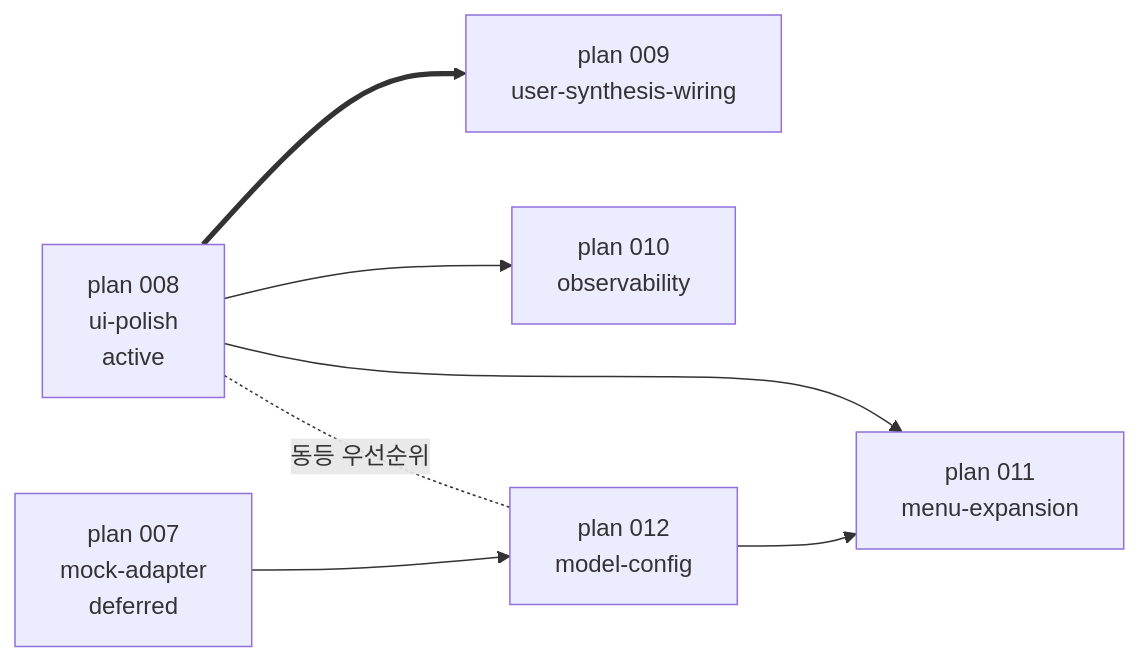
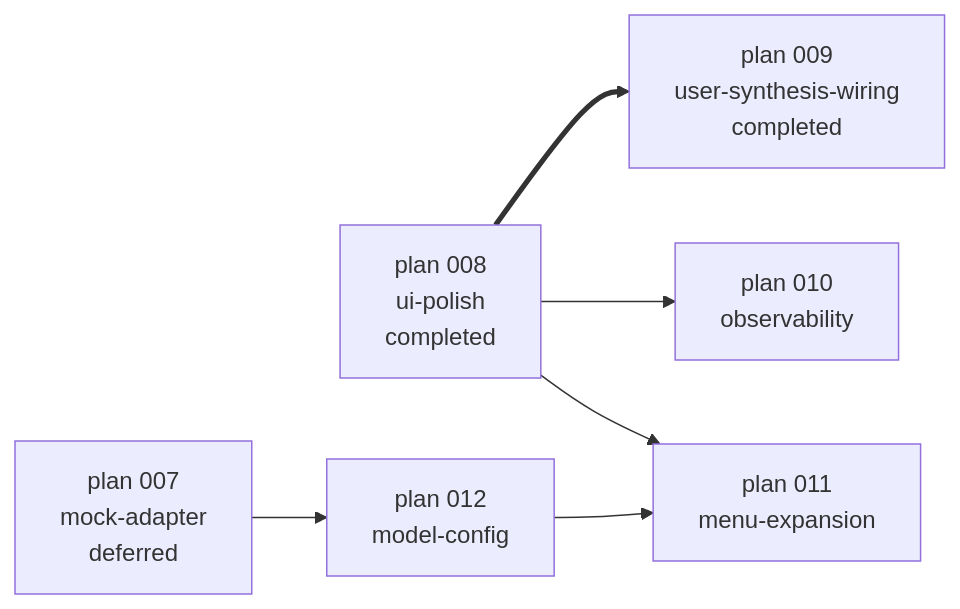
The diagram in docs/dev-docs/Plans/upcoming-plans.md (shinjw4929/Dialectic-CLI), drawn with Mermaid before and after one commit. The commit also changed other lines of this file and 8 other files, not shown here.

First line of the commit message:
Archive plan 009-user-synthesis-wiring artifacts

````diff
--- a/docs/dev-docs/Plans/upcoming-plans.md
+++ b/docs/dev-docs/Plans/upcoming-plans.md
@@ -14,17 +16,15 @@
 ```mermaid
 flowchart LR
-    P008[plan 008<br/>ui-polish<br/>active]
+    P008[plan 008<br/>ui-polish<br/>completed]
     P007[plan 007<br/>mock-adapter<br/>deferred]
-    P009[plan 009<br/>user-synthesis-wiring]
+    P009[plan 009<br/>user-synthesis-wiring<br/>completed]
     P010[plan 010<br/>observability]
     P011[plan 011<br/>menu-expansion]
     P012[plan 012<br/>model-config]
 
     P008 ==> P009
     P008 --> P010
     P008 --> P011
     P007 --> P012
     P012 --> P011
-
-    P008 -.동등 우선순위.- P012
 ```
````
